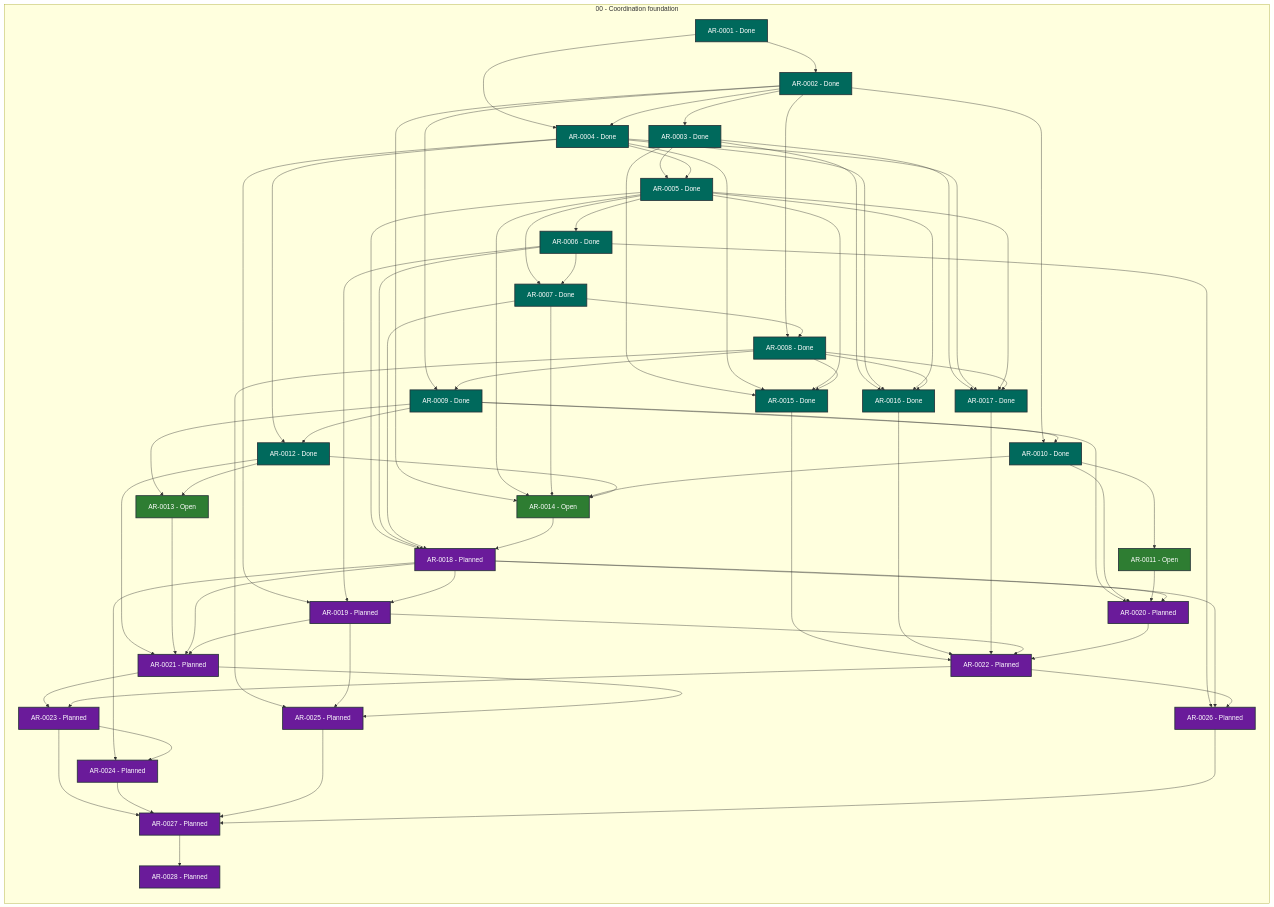
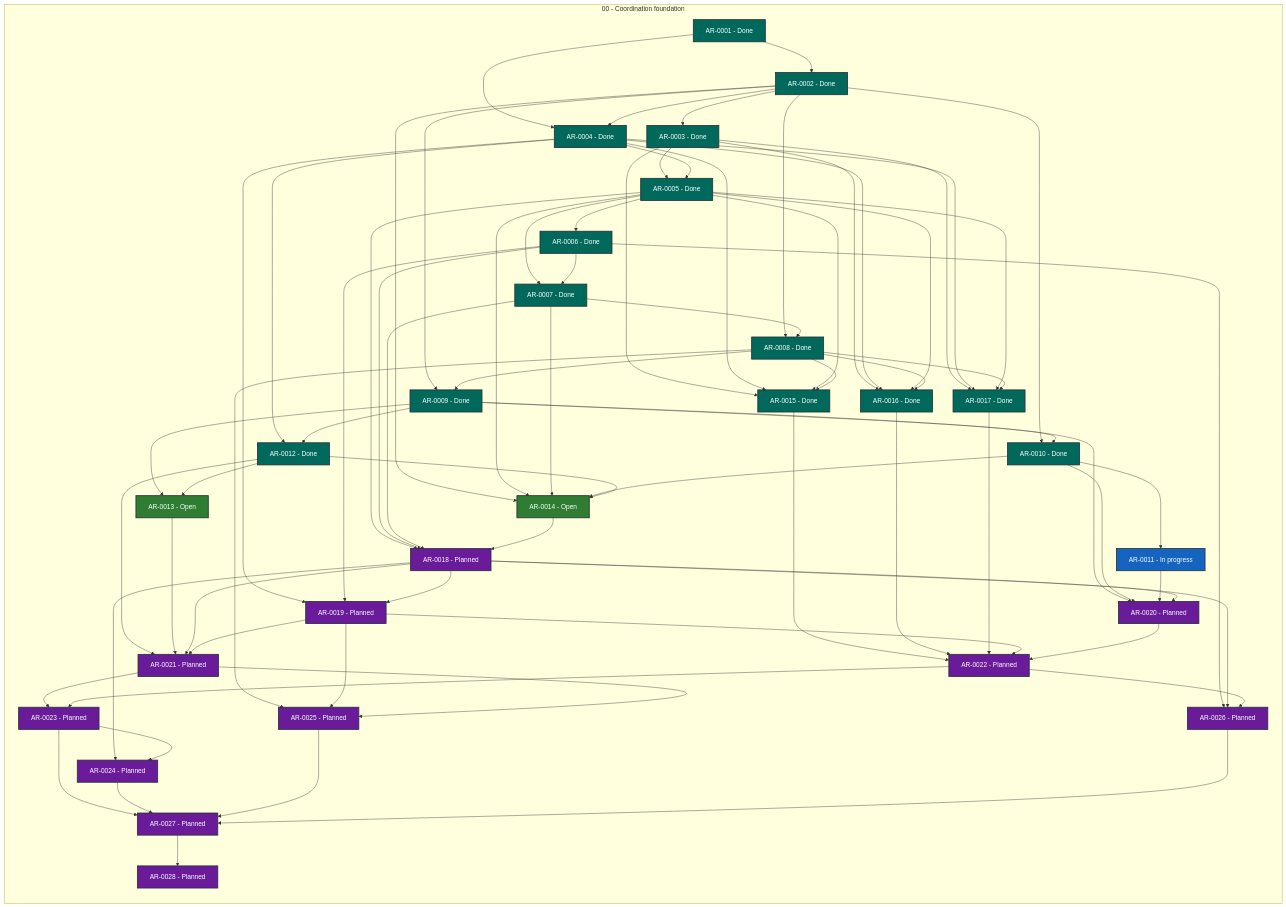
One commit to martin-beck/agent-workflow-runtime-state changed the diagram in STATUS.md. Above: the diagram before and after it, drawn with Mermaid. The commit also changed other lines of this file and 2 other files, not shown here.

```diff
--- a/STATUS.md
+++ b/STATUS.md
@@ -38,7 +38,7 @@
         AR_0008["AR-0008 - Done"]:::status_done
         AR_0009["AR-0009 - Done"]:::status_done
         AR_0010["AR-0010 - Done"]:::status_done
-        AR_0011["AR-0011 - Open"]:::status_open
+        AR_0011["AR-0011 - In progress"]:::status_in_progress
         AR_0012["AR-0012 - Done"]:::status_done
         AR_0013["AR-0013 - Open"]:::status_open
         AR_0014["AR-0014 - Open"]:::status_open
```
